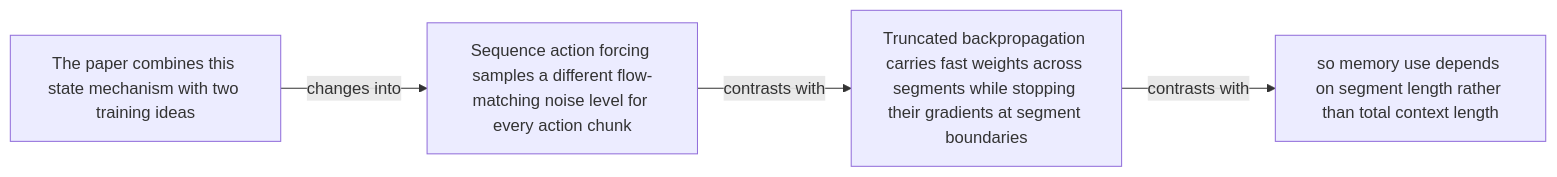
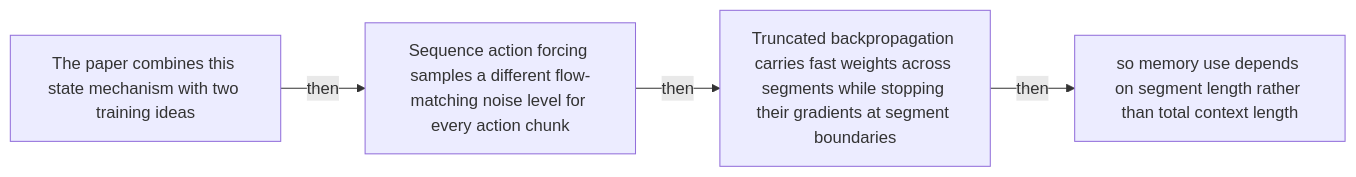
Before and after one commit to Betancourt1/paper_atlas: the tenth of 48 diagrams in docs/visual-manifests/VISUAL_MANIFEST_ROBOTT.md, drawn with Mermaid. The commit also changed other lines of this file and 7 other files, not shown here.

````diff
--- a/docs/visual-manifests/VISUAL_MANIFEST_ROBOTT.md
+++ b/docs/visual-manifests/VISUAL_MANIFEST_ROBOTT.md
@@ -771,10 +794,10 @@
 ```mermaid
 flowchart LR
   n1["The paper combines this state mechanism with two training ideas"]
   n2["Sequence action forcing samples a different flow-matching noise level for every action chunk"]
   n3["Truncated backpropagation carries fast weights across segments while stopping their gradients at segment boundaries"]
   n4["so memory use depends on segment length rather than total context length"]
-  n1 -->|"changes into"| n2
-  n2 -->|"contrasts with"| n3
-  n3 -->|"contrasts with"| n4
+  n1 -->|"then"| n2
+  n2 -->|"then"| n3
+  n3 -->|"then"| n4
 ```
````
